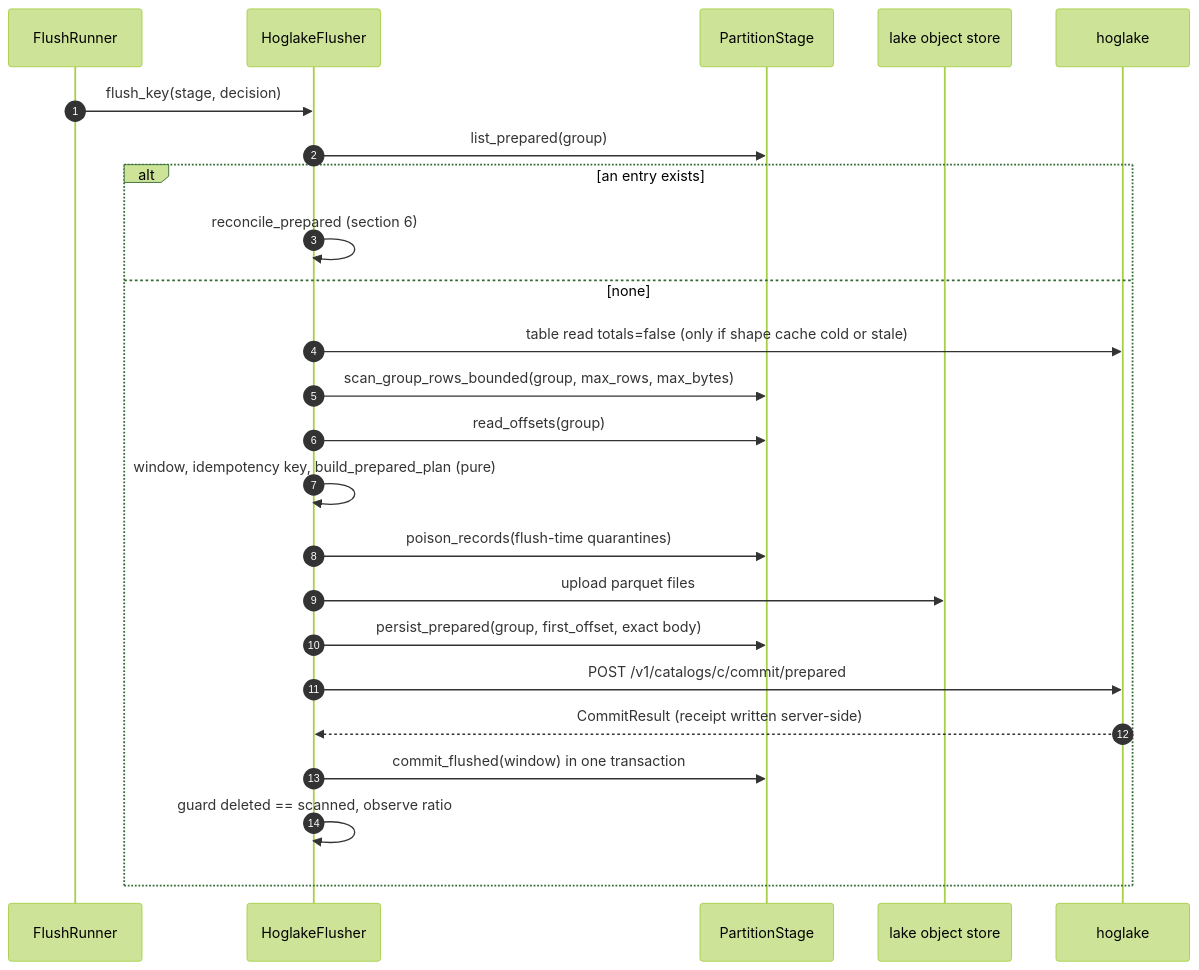
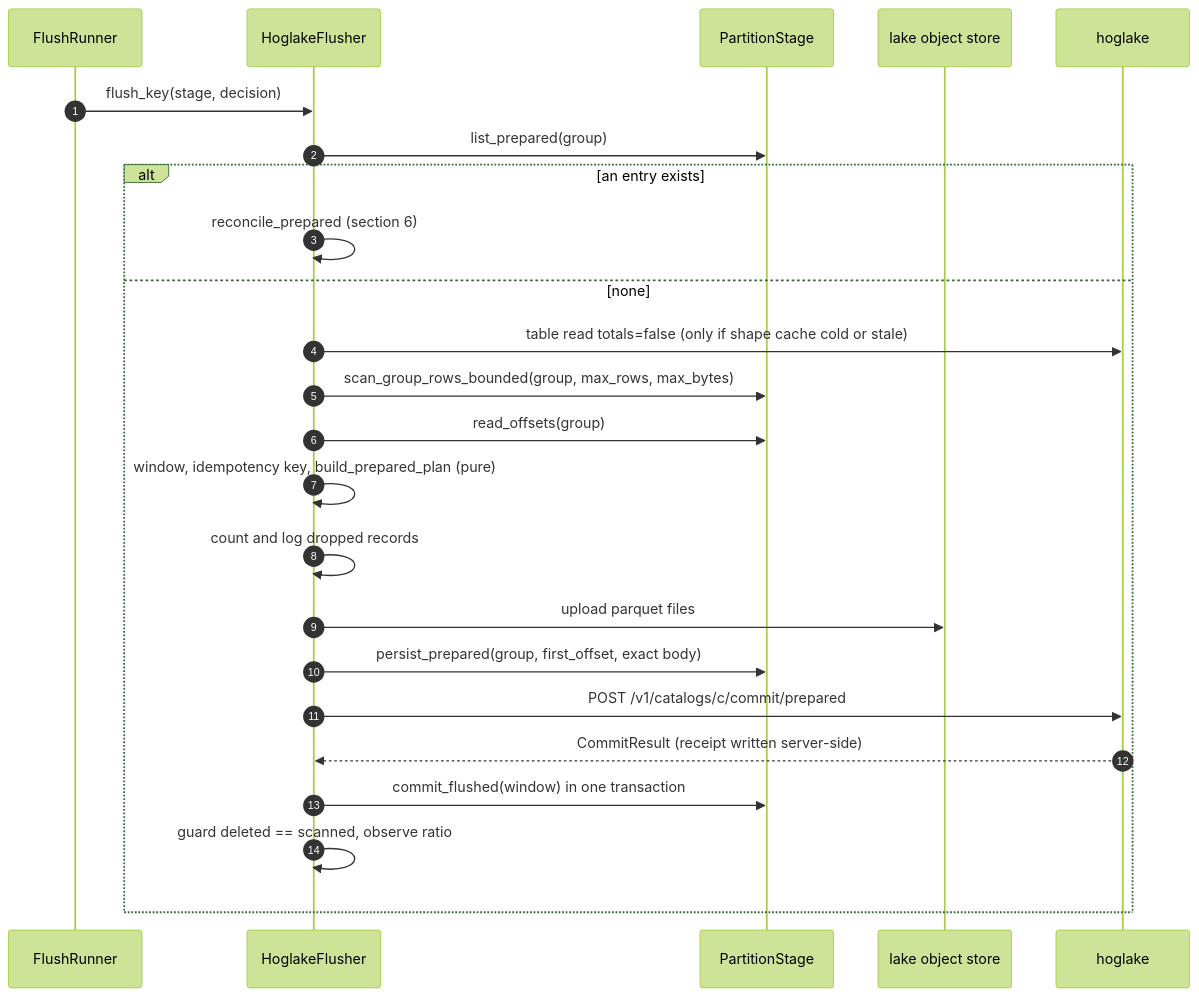
The third of 4 diagrams in millrace/architecture.md (PostHog/hoglake), drawn with Mermaid (forest theme) before and after one commit. The commit also changed other lines of this file and 22 other files, not shown here.

````diff
--- a/millrace/architecture.md
+++ b/millrace/architecture.md
@@ -472,26 +473,26 @@
 ```mermaid
 sequenceDiagram
   autonumber
   participant R as FlushRunner
   participant FL as HoglakeFlusher
   participant ST as PartitionStage
   participant L as lake object store
   participant H as hoglake
   R->>FL: flush_key(stage, decision)
   FL->>ST: list_prepared(group)
   alt an entry exists
     FL->>FL: reconcile_prepared (section 6)
   else none
     FL->>H: table read totals=false (only if shape cache cold or stale)
     FL->>ST: scan_group_rows_bounded(group, max_rows, max_bytes)
     FL->>ST: read_offsets(group)
     FL->>FL: window, idempotency key, build_prepared_plan (pure)
-    FL->>ST: poison_records(flush-time quarantines)
+    FL->>FL: count and log dropped records
     FL->>L: upload parquet files
     FL->>ST: persist_prepared(group, first_offset, exact body)
     FL->>H: POST /v1/catalogs/c/commit/prepared
     H-->>FL: CommitResult (receipt written server-side)
     FL->>ST: commit_flushed(window) in one transaction
     FL->>FL: guard deleted == scanned, observe ratio
   end
 ```
````
